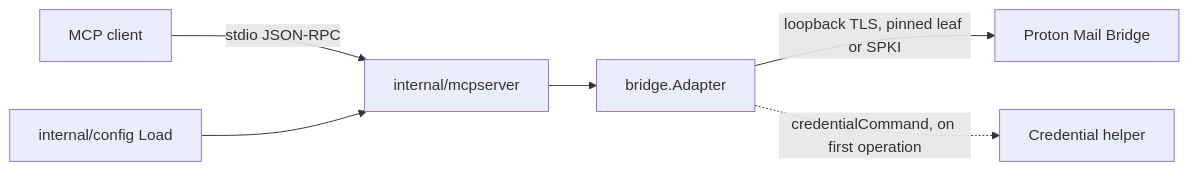
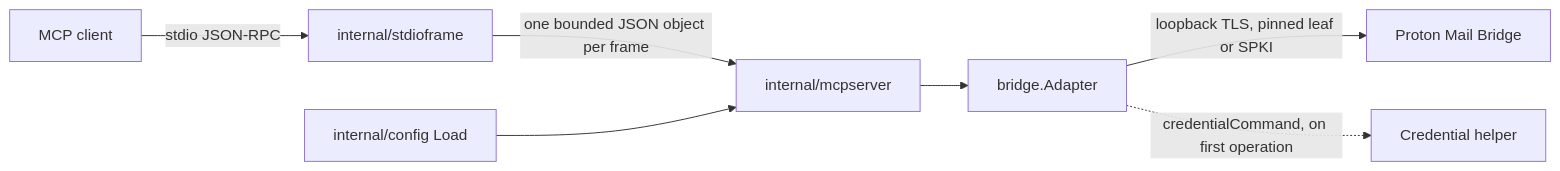
Before and after one commit to wevial/croton-mcp: the first of 2 diagrams in docs/ARCHITECTURE.md, drawn with Mermaid. The commit also changed other lines of this file, not shown here.

Commit message:
docs: map the shared stdio frame limiter in the architecture overview

````diff
--- a/docs/ARCHITECTURE.md
+++ b/docs/ARCHITECTURE.md
@@ -33,8 +36,9 @@
 ```mermaid
 flowchart LR
-    client[MCP client] -->|stdio JSON-RPC| server[internal/mcpserver]
+    client[MCP client] -->|stdio JSON-RPC| frame[internal/stdioframe]
+    frame -->|one bounded JSON object per frame| server[internal/mcpserver]
     server --> adapter[bridge.Adapter]
     adapter -->|loopback TLS, pinned leaf or SPKI| bridgeproc[Proton Mail Bridge]
     adapter -.->|credentialCommand, on first operation| helper[Credential helper]
     config[internal/config Load] --> server
 ```
````
